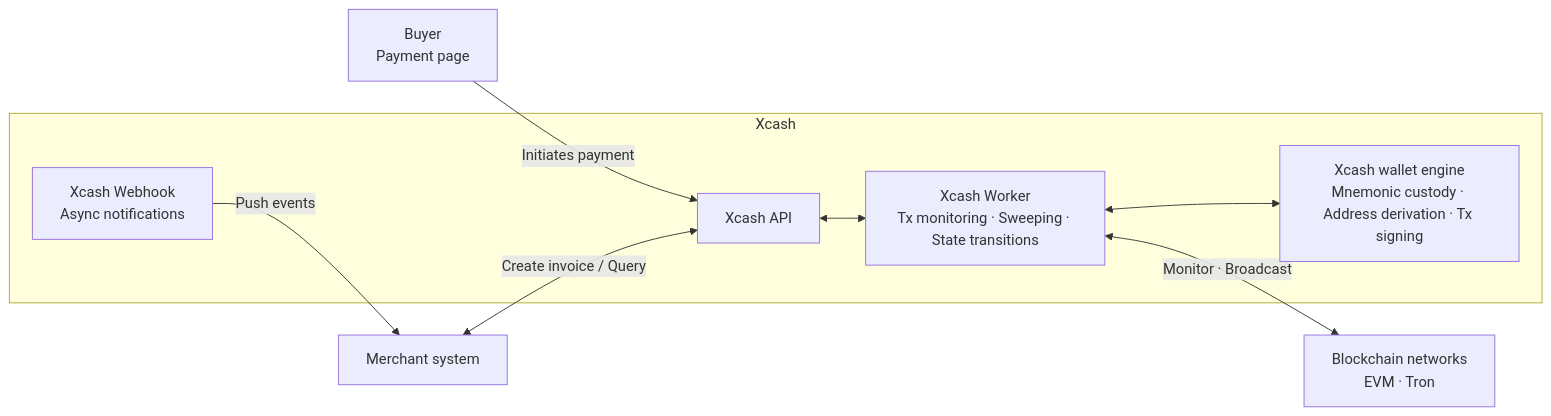
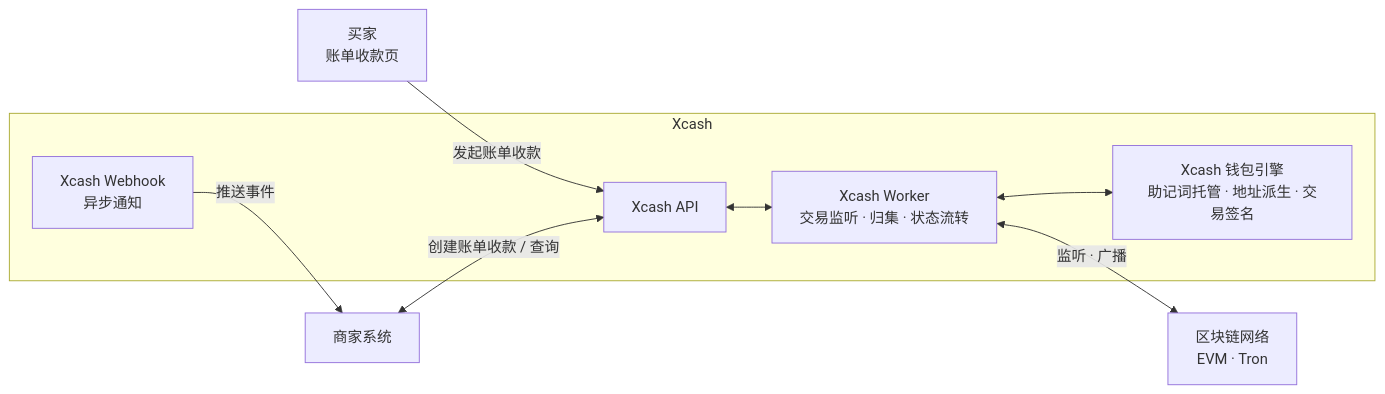
One commit to realyoussefhossam/xcash changed the second of 2 diagrams in README.md. Above: the diagram before and after it, drawn with Mermaid. The commit also changed other lines of this file and 2 other files, not shown here.

````diff
--- a/README.md
+++ b/README.md
@@ -200,21 +200,21 @@
 ```mermaid
 graph LR
-    Buyer["Buyer<br/>Payment page"]
-    Merchant["Merchant system"]
+    Buyer["买家<br/>账单收款页"]
+    Merchant["商家系统"]
 
     subgraph Xcash
         API["Xcash API"]
-        Worker["Xcash Worker<br/>Tx monitoring · Sweeping · State transitions"]
-        Wallet["Xcash wallet engine<br/>Mnemonic custody · Address derivation · Tx signing"]
-        Webhook["Xcash Webhook<br/>Async notifications"]
+        Worker["Xcash Worker<br/>交易监听 · 归集 · 状态流转"]
+        Wallet["Xcash 钱包引擎<br/>助记词托管 · 地址派生 · 交易签名"]
+        Webhook["Xcash Webhook<br/>异步通知"]
     end
 
-    Blockchain["Blockchain networks<br/>EVM · Tron"]
+    Blockchain["区块链网络<br/>EVM · Tron"]
 
-    Buyer -->|Initiates payment| API
-    Merchant <-->|Create invoice / Query| API
+    Buyer -->|发起账单收款| API
+    Merchant <-->|创建账单收款 / 查询| API
     API <--> Worker
     Worker <--> Wallet
-    Worker <-->|Monitor · Broadcast| Blockchain
-    Webhook -->|Push events| Merchant
+    Worker <-->|监听 · 广播| Blockchain
+    Webhook -->|推送事件| Merchant
 ```
````
